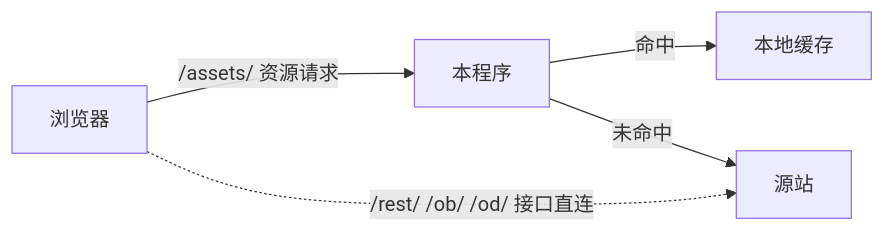
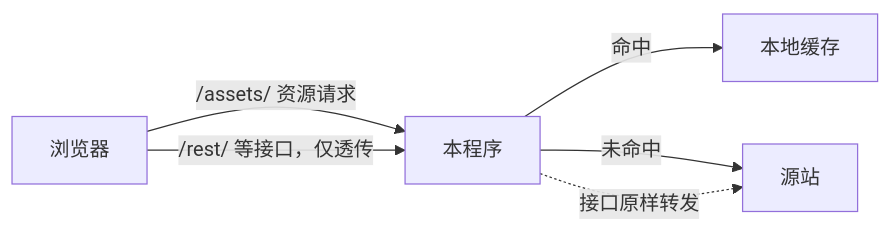
The diagram in README.md (DasingDuck/GBF-Cache), drawn with Mermaid before and after one commit. The commit also changed other lines of this file and 10 other files, not shown here.

````diff
--- a/README.md
+++ b/README.md
@@ -32,7 +32,8 @@
 ```mermaid
 flowchart LR
   B["浏览器<br/>"] -->|"/assets/ 资源请求"| P["本程序<br/>"]
+  B -->|"/rest/ 等接口，仅透传"| P
   P -->|"命中"| C["本地缓存<br/>"]
   P -->|"未命中"| O["源站<br/>"]
-  B -.->|"/rest/ /ob/ /od/ 接口直连"| O
+  P -.->|"接口原样转发"| O
 ```
````
